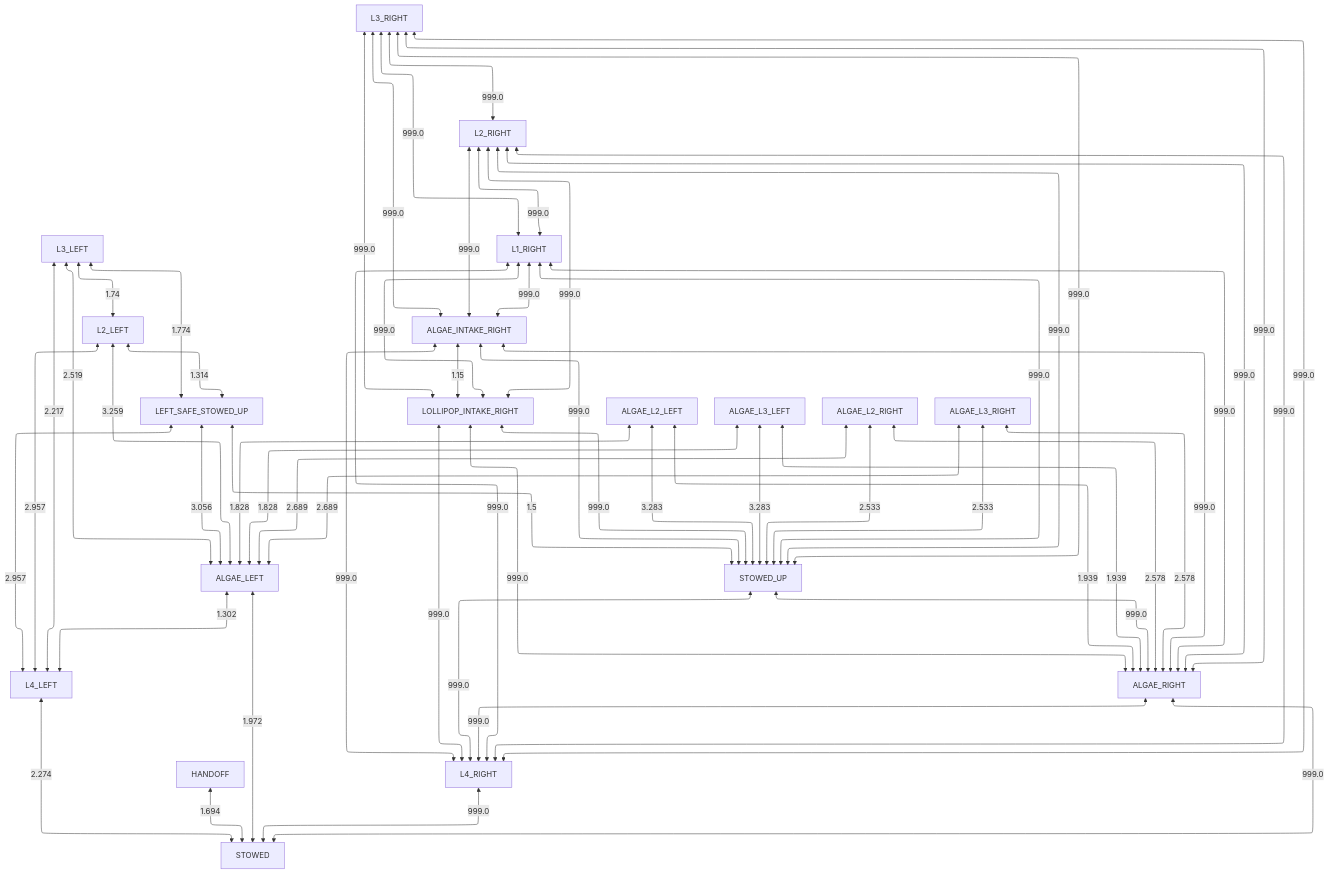
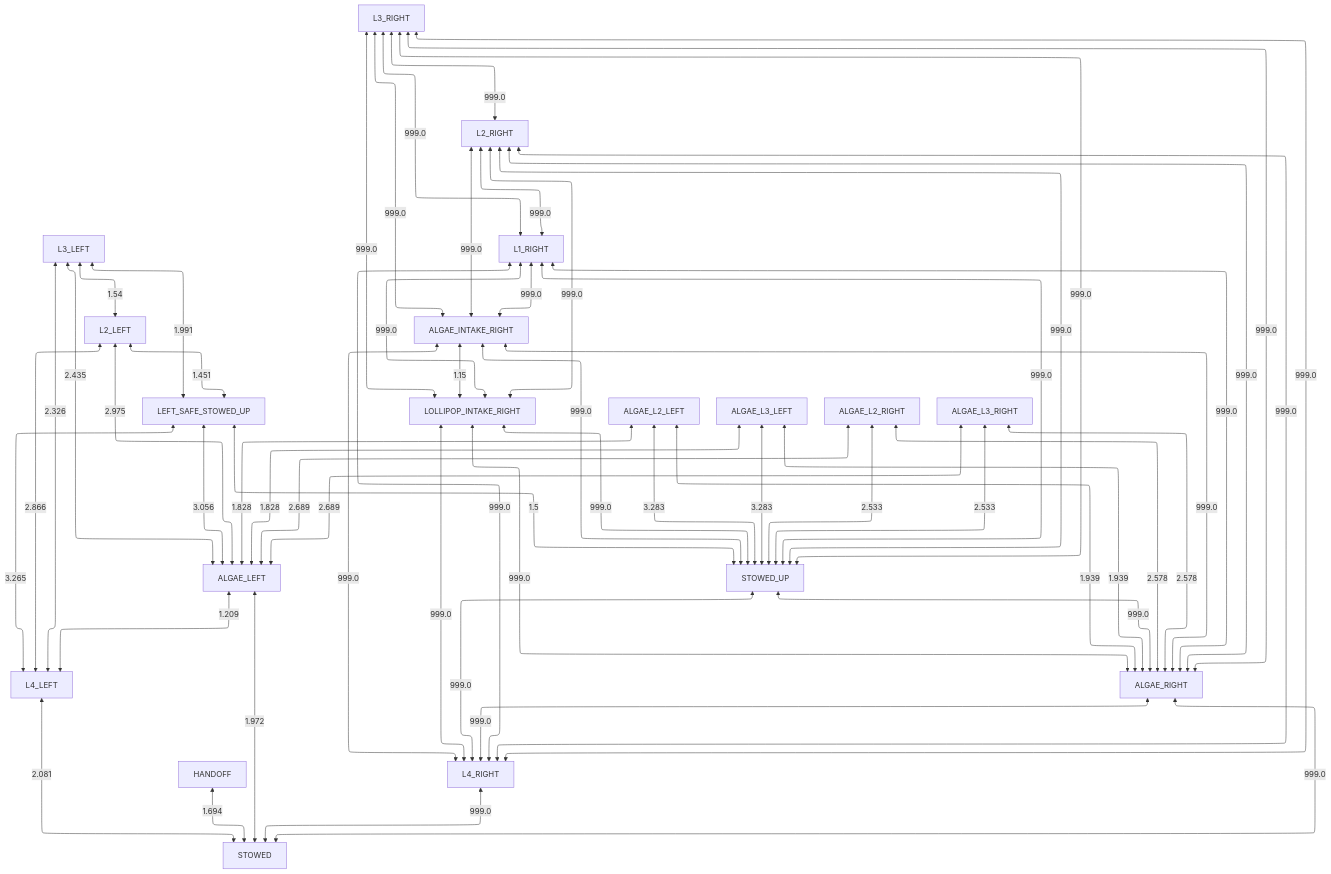
The diagram in docs/collision_avoidance/right_obstructed.md (team581/offseason-2025-comp), drawn with Mermaid before and after one commit. The commit also changed 6 other files, not shown here.

````diff
--- a/docs/collision_avoidance/right_obstructed.md
+++ b/docs/collision_avoidance/right_obstructed.md
@@ -3,61 +3,61 @@
 ```mermaid
 %%{ init: { "flowchart": { "defaultRenderer": "elk" } } }%%
 graph TD
 
 HANDOFF <-- 1.694 --> STOWED
-L4_LEFT <-- 2.274 --> STOWED
+L4_LEFT <-- 2.081 --> STOWED
 L4_RIGHT <-- 999.0 --> STOWED
 ALGAE_RIGHT <-- 999.0 --> STOWED
 ALGAE_LEFT <-- 1.972 --> STOWED
-LEFT_SAFE_STOWED_UP <-- 2.957 --> L4_LEFT
-L2_LEFT <-- 2.957 --> L4_LEFT
-L3_LEFT <-- 2.217 --> L4_LEFT
-ALGAE_LEFT <-- 1.302 --> L4_LEFT
+LEFT_SAFE_STOWED_UP <-- 3.265 --> L4_LEFT
+L2_LEFT <-- 2.866 --> L4_LEFT
+L3_LEFT <-- 2.326 --> L4_LEFT
+ALGAE_LEFT <-- 1.209 --> L4_LEFT
 STOWED_UP <-- 999.0 --> L4_RIGHT
 ALGAE_INTAKE_RIGHT <-- 999.0 --> L4_RIGHT
 LOLLIPOP_INTAKE_RIGHT <-- 999.0 --> L4_RIGHT
 L1_RIGHT <-- 999.0 --> L4_RIGHT
 L2_RIGHT <-- 999.0 --> L4_RIGHT
 L3_RIGHT <-- 999.0 --> L4_RIGHT
 ALGAE_RIGHT <-- 999.0 --> L4_RIGHT
 STOWED_UP <-- 999.0 --> ALGAE_RIGHT
 ALGAE_L2_LEFT <-- 1.939 --> ALGAE_RIGHT
 ALGAE_L3_LEFT <-- 1.939 --> ALGAE_RIGHT
 ALGAE_INTAKE_RIGHT <-- 999.0 --> ALGAE_RIGHT
 LOLLIPOP_INTAKE_RIGHT <-- 999.0 --> ALGAE_RIGHT
 L1_RIGHT <-- 999.0 --> ALGAE_RIGHT
 L2_RIGHT <-- 999.0 --> ALGAE_RIGHT
 L3_RIGHT <-- 999.0 --> ALGAE_RIGHT
 ALGAE_L2_RIGHT <-- 2.578 --> ALGAE_RIGHT
 ALGAE_L3_RIGHT <-- 2.578 --> ALGAE_RIGHT
 LEFT_SAFE_STOWED_UP <-- 3.056 --> ALGAE_LEFT
-L2_LEFT <-- 3.259 --> ALGAE_LEFT
-L3_LEFT <-- 2.519 --> ALGAE_LEFT
+L2_LEFT <-- 2.975 --> ALGAE_LEFT
+L3_LEFT <-- 2.435 --> ALGAE_LEFT
 ALGAE_L2_LEFT <-- 1.828 --> ALGAE_LEFT
 ALGAE_L3_LEFT <-- 1.828 --> ALGAE_LEFT
 ALGAE_L2_RIGHT <-- 2.689 --> ALGAE_LEFT
 ALGAE_L3_RIGHT <-- 2.689 --> ALGAE_LEFT
 LEFT_SAFE_STOWED_UP <-- 1.5 --> STOWED_UP
 LOLLIPOP_INTAKE_RIGHT <-- 999.0 --> STOWED_UP
 ALGAE_INTAKE_RIGHT <-- 999.0 --> STOWED_UP
 L1_RIGHT <-- 999.0 --> STOWED_UP
 L2_RIGHT <-- 999.0 --> STOWED_UP
 L3_RIGHT <-- 999.0 --> STOWED_UP
 ALGAE_L2_LEFT <-- 3.283 --> STOWED_UP
 ALGAE_L2_RIGHT <-- 2.533 --> STOWED_UP
 ALGAE_L3_LEFT <-- 3.283 --> STOWED_UP
 ALGAE_L3_RIGHT <-- 2.533 --> STOWED_UP
-L2_LEFT <-- 1.314 --> LEFT_SAFE_STOWED_UP
-L3_LEFT <-- 1.774 --> LEFT_SAFE_STOWED_UP
+L2_LEFT <-- 1.451 --> LEFT_SAFE_STOWED_UP
+L3_LEFT <-- 1.991 --> LEFT_SAFE_STOWED_UP
 ALGAE_INTAKE_RIGHT <-- 1.15 --> LOLLIPOP_INTAKE_RIGHT
 L1_RIGHT <-- 999.0 --> LOLLIPOP_INTAKE_RIGHT
 L2_RIGHT <-- 999.0 --> LOLLIPOP_INTAKE_RIGHT
 L3_RIGHT <-- 999.0 --> LOLLIPOP_INTAKE_RIGHT
 L1_RIGHT <-- 999.0 --> ALGAE_INTAKE_RIGHT
 L2_RIGHT <-- 999.0 --> ALGAE_INTAKE_RIGHT
 L3_RIGHT <-- 999.0 --> ALGAE_INTAKE_RIGHT
-L3_LEFT <-- 1.74 --> L2_LEFT
+L3_LEFT <-- 1.54 --> L2_LEFT
 L2_RIGHT <-- 999.0 --> L1_RIGHT
 L3_RIGHT <-- 999.0 --> L1_RIGHT
 L3_RIGHT <-- 999.0 --> L2_RIGHT
 ```
````
